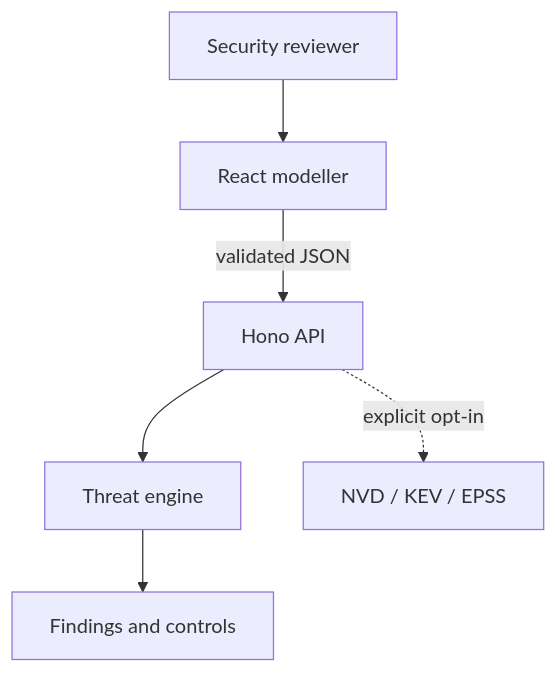
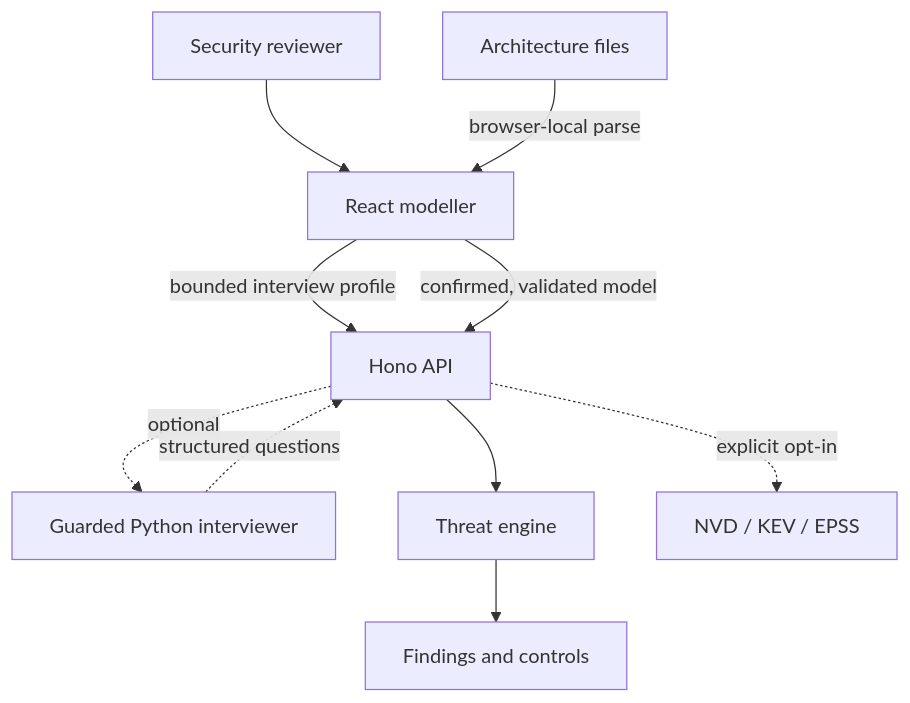
Before and after one commit to muneebch133-0/Argus: the diagram in docs/architecture.md, drawn with Mermaid. The commit also changed other lines of this file and 56 other files, not shown here.

Commit message:
feat: add evidence-gated architecture discovery

````diff
--- a/docs/architecture.md
+++ b/docs/architecture.md
@@ -7,8 +7,12 @@
 ```mermaid
 flowchart TD
     U["Security reviewer"] --> W["React modeller"]
-    W -->|"validated JSON"| A["Hono API"]
+    F["Architecture files"] -->|"browser-local parse"| W
+    W -->|"bounded interview profile"| A["Hono API"]
+    A -. "optional" .-> P["Guarded Python interviewer"]
+    P -. "structured questions" .-> A
+    W -->|"confirmed, validated model"| A
     A --> E["Threat engine"]
     E --> R["Findings and controls"]
     A -. "explicit opt-in" .-> I["NVD / KEV / EPSS"]
 ```
````
